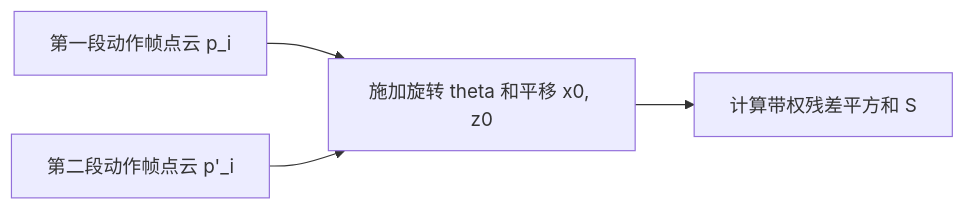
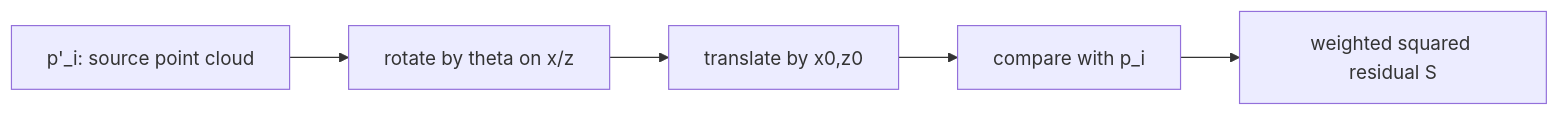
The third of 13 diagrams in docs/blog/Theory/motiongraph_pointcloud_derivation/README.md (EvihGraphics/AnimationTech-HTC), drawn with Mermaid before and after one commit. The commit also changed other lines of this file and 6 other files, not shown here.

````diff
--- a/docs/blog/Theory/motiongraph_pointcloud_derivation/README.md
+++ b/docs/blog/Theory/motiongraph_pointcloud_derivation/README.md
@@ -89,6 +78,7 @@
 ```mermaid
 flowchart LR
-    A[第一段动作帧点云 p_i] --> C[施加旋转 theta 和平移 x0, z0]
-    B[第二段动作帧点云 p'_i] --> C
-    C --> D[计算带权残差平方和 S]
+    A[p'_i: source point cloud] --> B[rotate by theta on x/z]
+    B --> C[translate by x0,z0]
+    C --> D[compare with p_i]
+    D --> E[weighted squared residual S]
 ```
````
